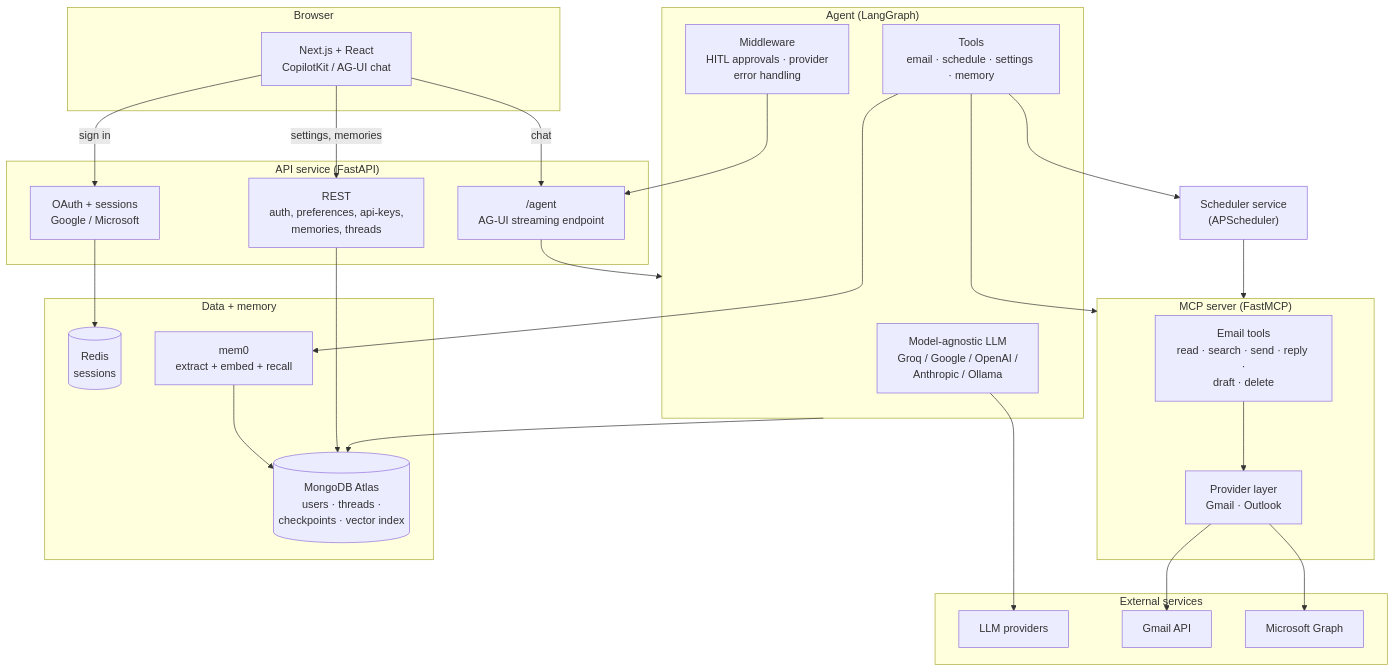
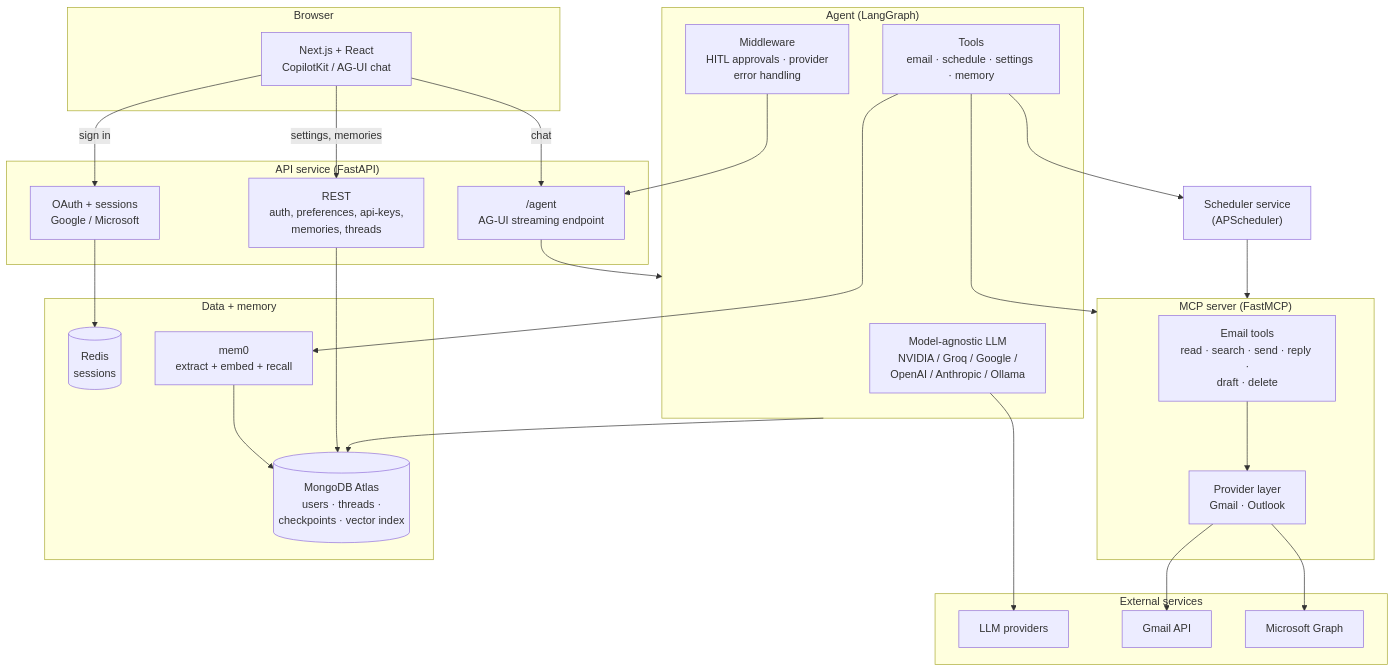
One commit to Astroa7m/MailNet changed the first of 2 diagrams in README.md. Above: the diagram before and after it, drawn with Mermaid. The commit also changed other lines of this file and 20 other files, not shown here.

````diff
--- a/README.md
+++ b/README.md
@@ -57,58 +57,58 @@
 ```mermaid
 flowchart TB
     subgraph Browser["Browser"]
         UI["Next.js + React<br/>CopilotKit / AG-UI chat"]
     end
 
     subgraph API["API service  (FastAPI)"]
         AGENT_EP["/agent<br/>AG-UI streaming endpoint"]
         REST["REST<br/>auth, preferences, api-keys,<br/>memories, threads"]
         OAUTH["OAuth + sessions<br/>Google / Microsoft"]
     end
 
     subgraph Graph["Agent  (LangGraph)"]
-        LLM["Model-agnostic LLM<br/>Groq / Google / OpenAI /<br/>Anthropic / Ollama"]
+        LLM["Model-agnostic LLM<br/>NVIDIA / Groq / Google /<br/>OpenAI / Anthropic / Ollama"]
         MW["Middleware<br/>HITL approvals · provider<br/>error handling"]
         TOOLS["Tools<br/>email · schedule · settings · memory"]
     end
 
     subgraph MCP["MCP server  (FastMCP)"]
         EMAIL["Email tools<br/>read · search · send · reply ·<br/>draft · delete"]
         PROV["Provider layer<br/>Gmail · Outlook"]
     end
 
     SCHED["Scheduler service<br/>(APScheduler)"]
 
     subgraph Data["Data + memory"]
         MONGO[("MongoDB Atlas<br/>users · threads ·<br/>checkpoints · vector index")]
         REDIS[("Redis<br/>sessions")]
         MEM0["mem0<br/>extract + embed + recall"]
     end
 
     subgraph Ext["External services"]
         PROVIDERS["LLM providers"]
         GMAIL["Gmail API"]
         GRAPH["Microsoft Graph"]
     end
 
     UI -->|chat| AGENT_EP
     UI -->|settings, memories| REST
     UI -->|sign in| OAUTH
 
     AGENT_EP --> Graph
     LLM --> PROVIDERS
     MW --> AGENT_EP
     TOOLS --> MCP
     TOOLS --> SCHED
     TOOLS --> MEM0
 
     EMAIL --> PROV
     PROV --> GMAIL
     PROV --> GRAPH
     SCHED --> MCP
 
     Graph --> MONGO
     MEM0 --> MONGO
     OAUTH --> REDIS
     REST --> MONGO
 ```
````
